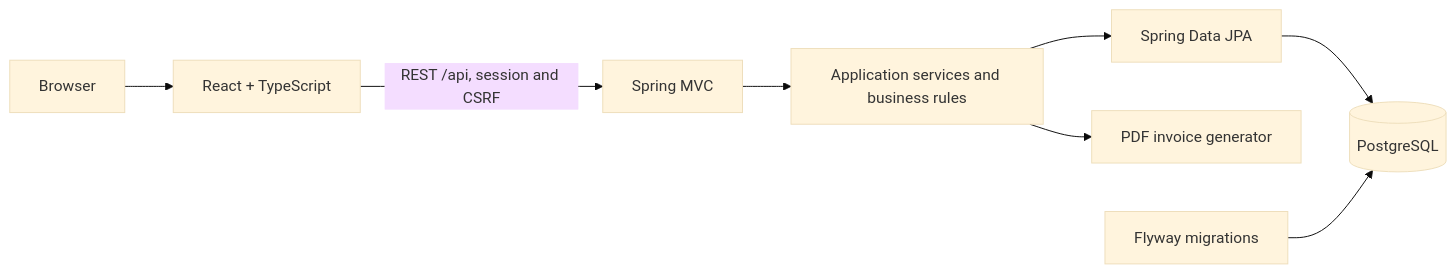
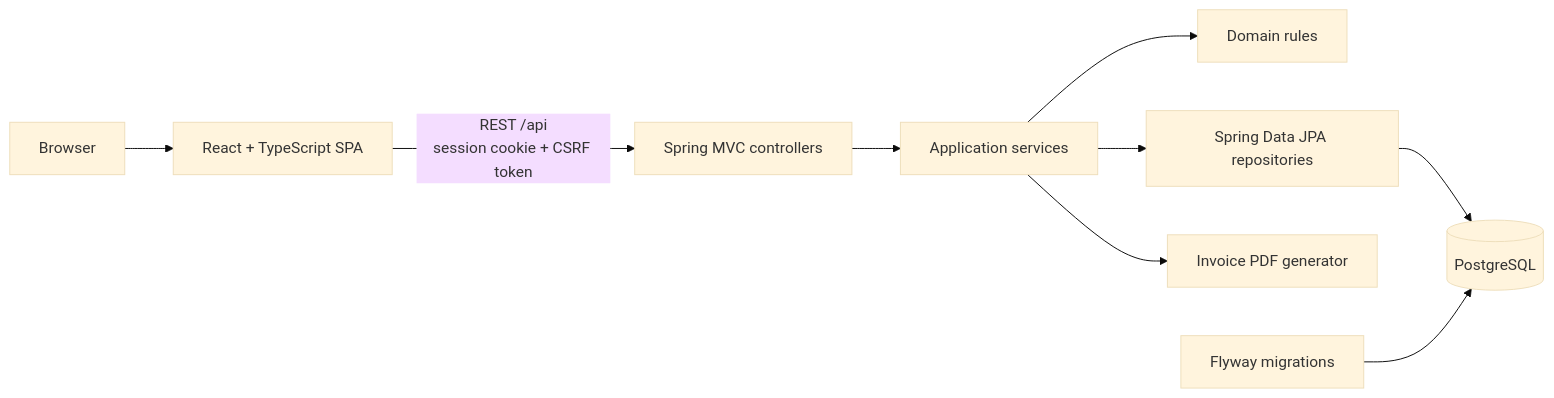
Before and after one commit to stanislaw-kopec/BookingSystem: the second of 2 diagrams in README.md, drawn with Mermaid (base theme). The commit also changed other lines of this file, not shown here.

Commit message:
docs: rewrite README with technical overview and application flow

````diff
--- a/README.md
+++ b/README.md
@@ -85,10 +121,11 @@
 ```mermaid
 flowchart LR
-    U[Browser] --> R[React + TypeScript]
-    R -->|REST /api, session and CSRF| C[Spring MVC]
-    C --> S[Application services and business rules]
-    S --> J[Spring Data JPA]
-    J --> P[(PostgreSQL)]
-    S --> F[PDF invoice generator]
-    M[Flyway migrations] --> P
+    B[Browser] --> UI[React + TypeScript SPA]
+    UI -->|REST /api<br/>session cookie + CSRF token| API[Spring MVC controllers]
+    API --> APP[Application services]
+    APP --> DOMAIN[Domain rules]
+    APP --> REPO[Spring Data JPA repositories]
+    REPO --> DB[(PostgreSQL)]
+    APP --> PDF[Invoice PDF generator]
+    FLYWAY[Flyway migrations] --> DB
 ```
````
